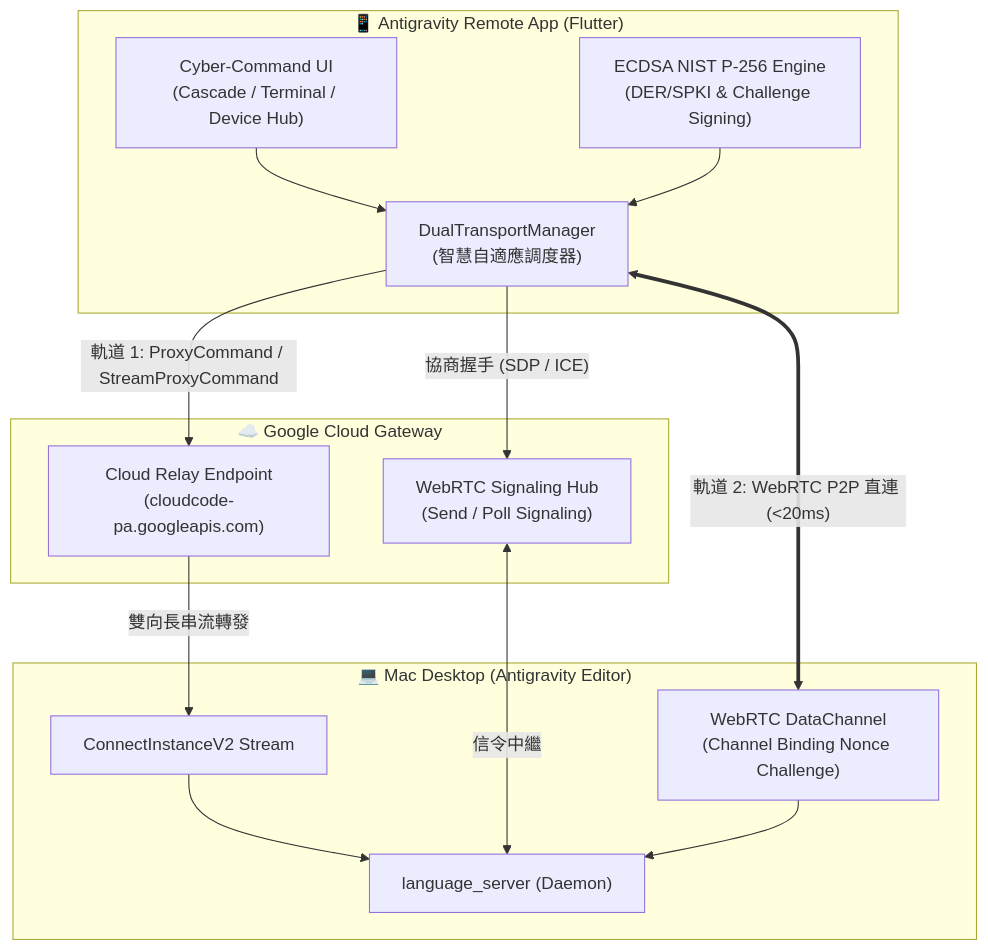
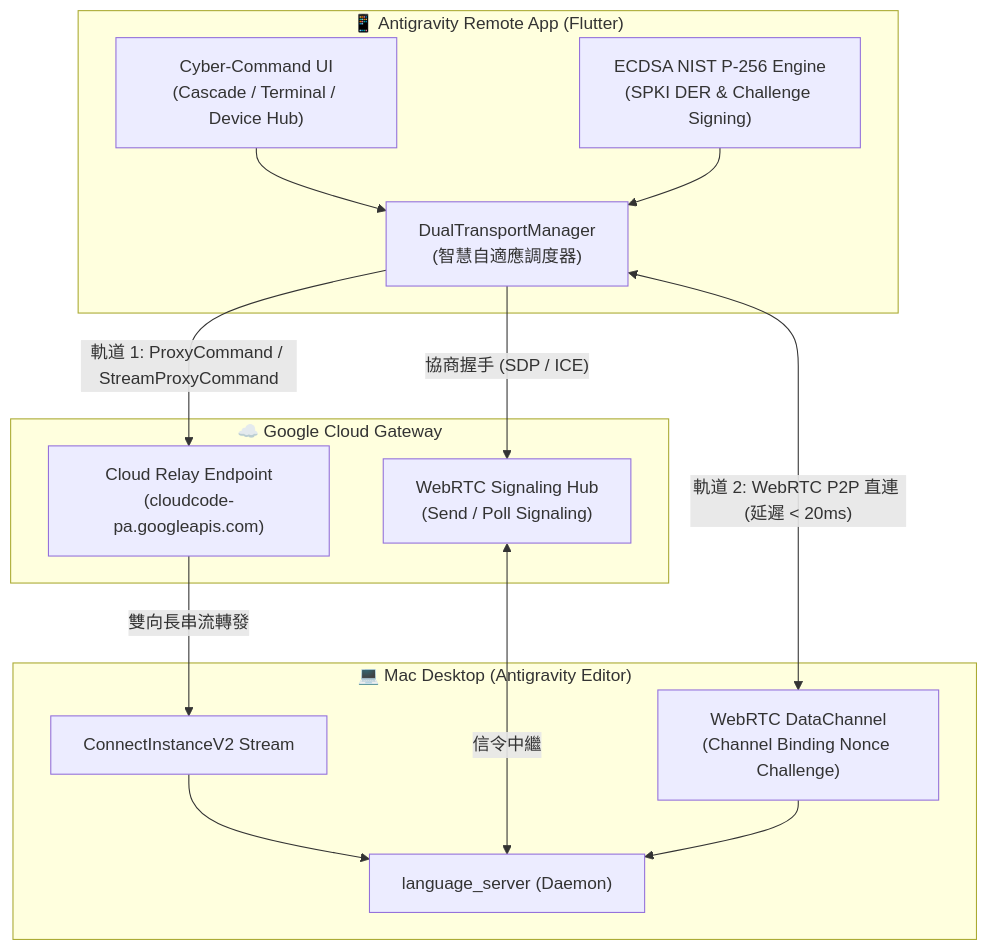
The first of 4 diagrams in README.md (aa22396584/antigravity-remote), drawn with Mermaid before and after one commit. The commit also changed other lines of this file and 9 other files, not shown here.

First line of the commit message:
docs: 重構核心架構亮點排版並替換為真實 Android 模擬器截圖

````diff
--- a/README.md
+++ b/README.md
@@ -32,31 +84,31 @@
 ```mermaid
-graph TD
+flowchart TD
     subgraph Client ["📱 Antigravity Remote App (Flutter)"]
-        UI["Cyber-Command UI\n(Cascade / Terminal / Device Hub)"]
-        DTM["DualTransportManager\n(智慧自適應調度器)"]
-        Crypto["ECDSA NIST P-256 Engine\n(DER/SPKI & Challenge Signing)"]
+        UI["Cyber-Command UI<br/>(Cascade / Terminal / Device Hub)"]
+        DTM["DualTransportManager<br/>(智慧自適應調度器)"]
+        Crypto["ECDSA NIST P-256 Engine<br/>(SPKI DER &amp; Challenge Signing)"]
         UI --> DTM
         Crypto --> DTM
     end
 
     subgraph Cloud ["☁️ Google Cloud Gateway"]
-        Relay["Cloud Relay Endpoint\n(cloudcode-pa.googleapis.com)"]
-        Signal["WebRTC Signaling Hub\n(Send / Poll Signaling)"]
+        Relay["Cloud Relay Endpoint<br/>(cloudcode-pa.googleapis.com)"]
+        Signal["WebRTC Signaling Hub<br/>(Send / Poll Signaling)"]
     end
 
     subgraph Host ["💻 Mac Desktop (Antigravity Editor)"]
         LS["language_server (Daemon)"]
-        P2PChannel["WebRTC DataChannel\n(Channel Binding Nonce Challenge)"]
+        P2PChannel["WebRTC DataChannel<br/>(Channel Binding Nonce Challenge)"]
         InboundRPC["ConnectInstanceV2 Stream"]
     end
 
     DTM -->|"軌道 1: ProxyCommand / StreamProxyCommand"| Relay
     Relay -->|"雙向長串流轉發"| InboundRPC
     InboundRPC --> LS
 
     DTM -->|"協商握手 (SDP / ICE)"| Signal
     Signal <-->|"信令中繼"| LS
 
-    DTM <===>|"軌道 2: WebRTC P2P 直連 (<20ms)"| P2PChannel
+    DTM <-->|"軌道 2: WebRTC P2P 直連 (延遲 &lt; 20ms)"| P2PChannel
     P2PChannel --> LS
 ```
````
